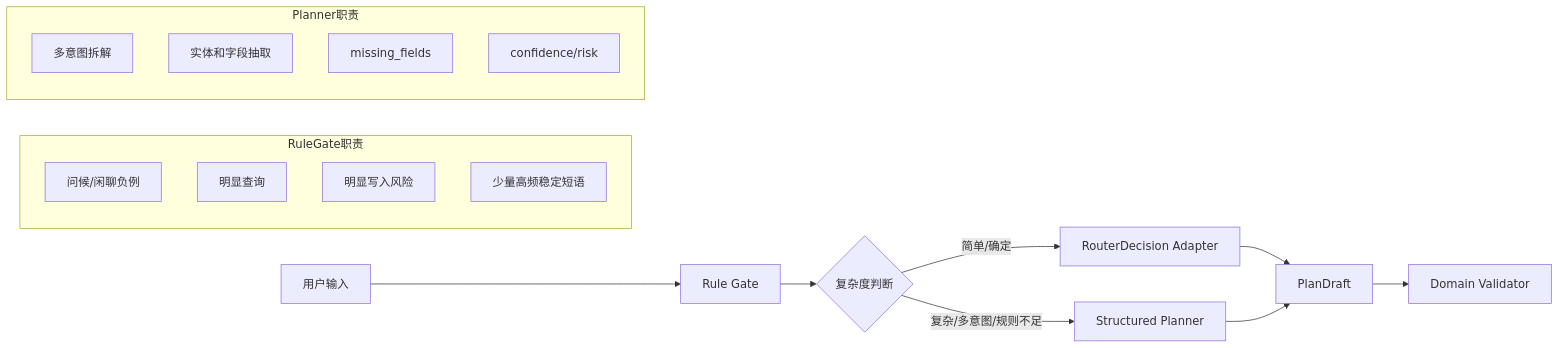
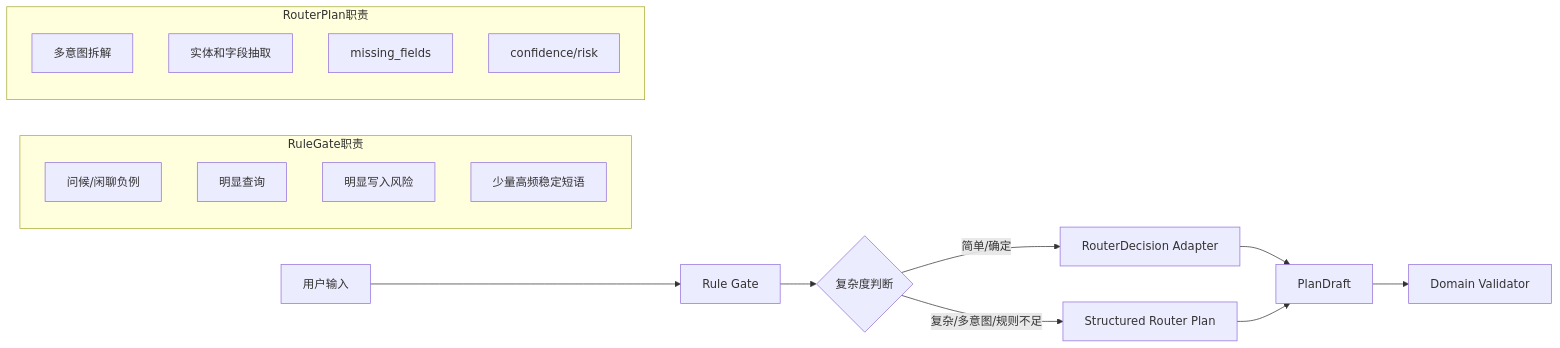
The seventh of 21 diagrams in docs/farm-manager-design-spec/01_正式设计/13_Agent范式规范化设计.md (ArtLjn/agriagent-os), drawn with Mermaid before and after one commit. The commit also changed other lines of this file and 36 other files, not shown here.

````diff
--- a/docs/farm-manager-design-spec/01_正式设计/13_Agent范式规范化设计.md
+++ b/docs/farm-manager-design-spec/01_正式设计/13_Agent范式规范化设计.md
@@ -278,24 +278,24 @@
 ```mermaid
 flowchart LR
     U["用户输入"] --> G["Rule Gate"]
     G --> C{"复杂度判断"}
     C -->|简单/确定| A["RouterDecision Adapter"]
-    C -->|复杂/多意图/规则不足| L["Structured Planner"]
+    C -->|复杂/多意图/规则不足| L["Structured Router Plan"]
     A --> D["PlanDraft"]
     L --> D
     D --> V["Domain Validator"]
 
     subgraph RuleGate职责
         G1["问候/闲聊负例"]
         G2["明显查询"]
         G3["明显写入风险"]
         G4["少量高频稳定短语"]
     end
 
-    subgraph Planner职责
+    subgraph RouterPlan职责
         L1["多意图拆解"]
         L2["实体和字段抽取"]
         L3["missing_fields"]
         L4["confidence/risk"]
     end
 ```
````
